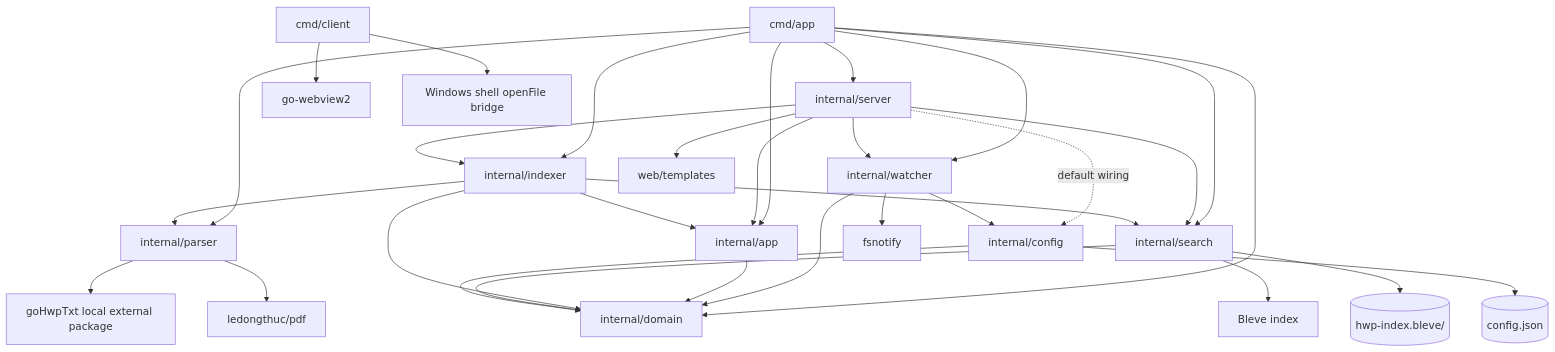
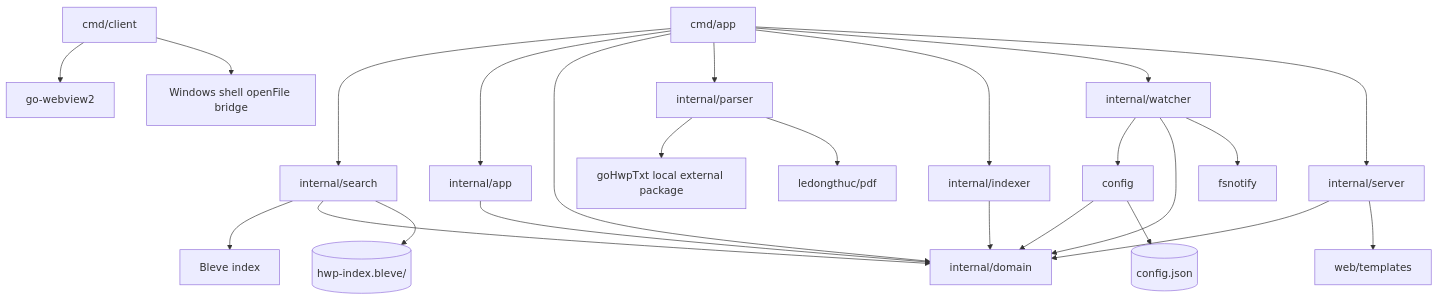
One commit to aprilgom/DocSearcher changed the diagram in ARCHITECTURE.md. Above: the diagram before and after it, drawn with Mermaid. The commit also changed other lines of this file and 2 other files, not shown here.

````diff
--- a/ARCHITECTURE.md
+++ b/ARCHITECTURE.md
@@ -67,41 +70,34 @@
 ```mermaid
 flowchart TD
     app[cmd/app] --> search[internal/search]
     app --> appuse[internal/app]
     app --> domain[internal/domain]
     app --> parser[internal/parser]
     app --> indexer[internal/indexer]
     app --> watcher[internal/watcher]
     app --> server[internal/server]
 
     client[cmd/client] --> webview[go-webview2]
     client --> osopen[Windows shell openFile bridge]
 
-    server --> appuse
-    server -. default wiring .-> config[internal/config]
-    server --> indexer[internal/indexer]
-    server --> search
-    server --> watcher
+    server --> domain
     server --> templates[web/templates]
 
     watcher --> config
     watcher --> domain
     watcher --> fsnotify[fsnotify]
 
     appuse --> domain
 
-    indexer --> appuse
     indexer --> domain
-    indexer --> parser[internal/parser]
-    indexer --> search
 
     parser --> gohwptxt[goHwpTxt local external package]
     parser --> pdf[ledongthuc/pdf]
 
     search --> bleve[Bleve index]
     search --> domain
 
     config --> domain
     config --> configjson[(config.json)]
     search --> indexdir[(hwp-index.bleve/)]
 ```
````
